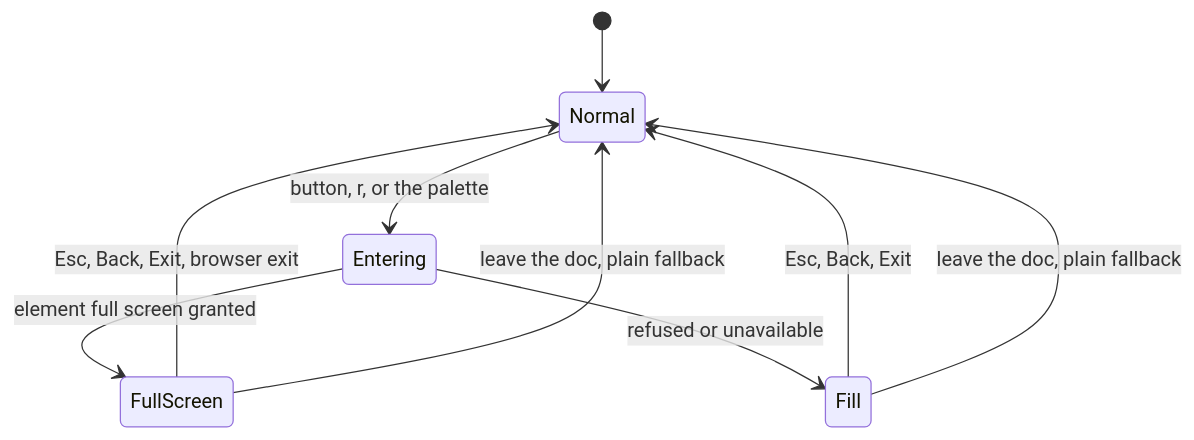
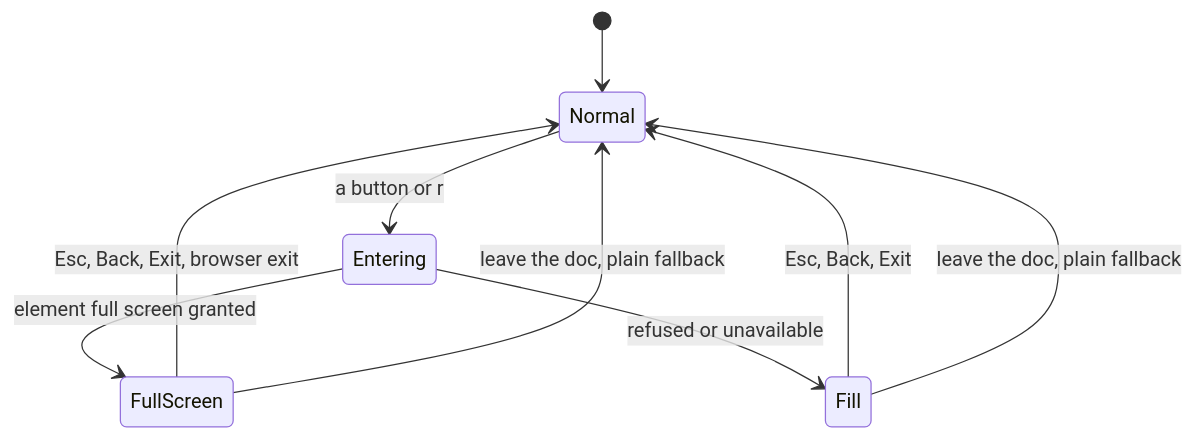
The first of 5 diagrams in docs/superpowers/specs/2026-11-20-native-docs-reader-mode-design.md (Synapsium-Labs/ccrc-pwa), drawn with Mermaid before and after one commit. The commit also changed other lines of this file and 1 other file, not shown here.

````diff
--- a/docs/superpowers/specs/2026-11-20-native-docs-reader-mode-design.md
+++ b/docs/superpowers/specs/2026-11-20-native-docs-reader-mode-design.md
@@ -140,11 +140,11 @@
 ```mermaid
 stateDiagram-v2
   [*] --> Normal
-  Normal --> Entering: button, r, or the palette
+  Normal --> Entering: a button or r
   Entering --> FullScreen: element full screen granted
   Entering --> Fill: refused or unavailable
   FullScreen --> Normal: Esc, Back, Exit, browser exit
   Fill --> Normal: Esc, Back, Exit
   FullScreen --> Normal: leave the doc, plain fallback
   Fill --> Normal: leave the doc, plain fallback
 ```
````
